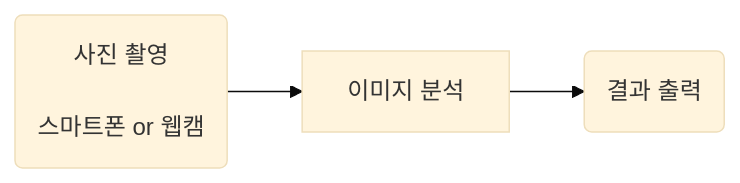
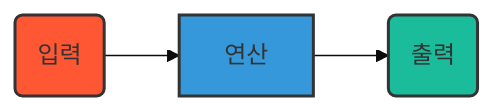
One commit to 201710808/-p changed the diagram in Readme.md. Above: the diagram before and after it, drawn with Mermaid (base theme).

````diff
--- a/Readme.md
+++ b/Readme.md
@@ -3,5 +3,9 @@
 ```mermaid
 graph LR
-A(사진 촬영\n\n스마트폰 or 웹캠)-->B[이미지 분석]
-B-->C(결과 출력)
+A(입력)-->B[연산]
+B-->C(출력)
+
+style A fill:#FF5733,stroke:#333,stroke-width:2px
+style B fill:#3498db,stroke:#333,stroke-width:2px
+style C fill:#1abc9c,stroke:#333,stroke-width:2px
 ```
````
